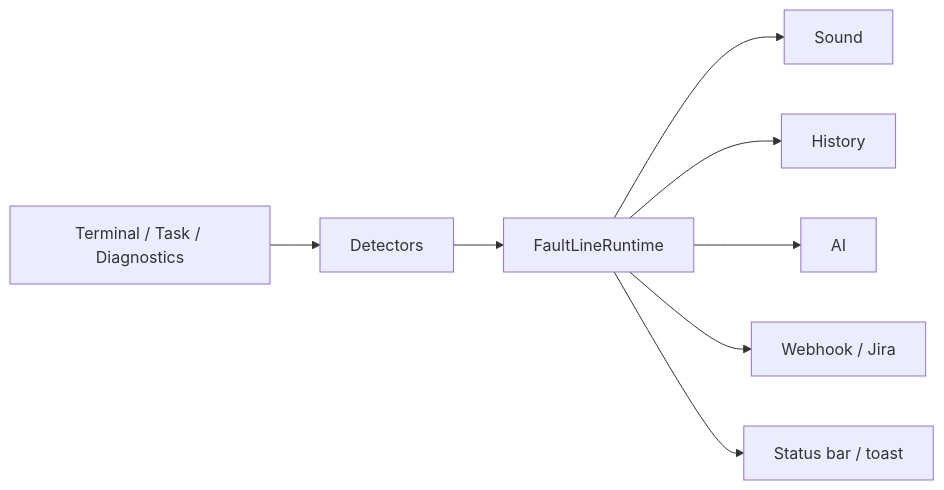
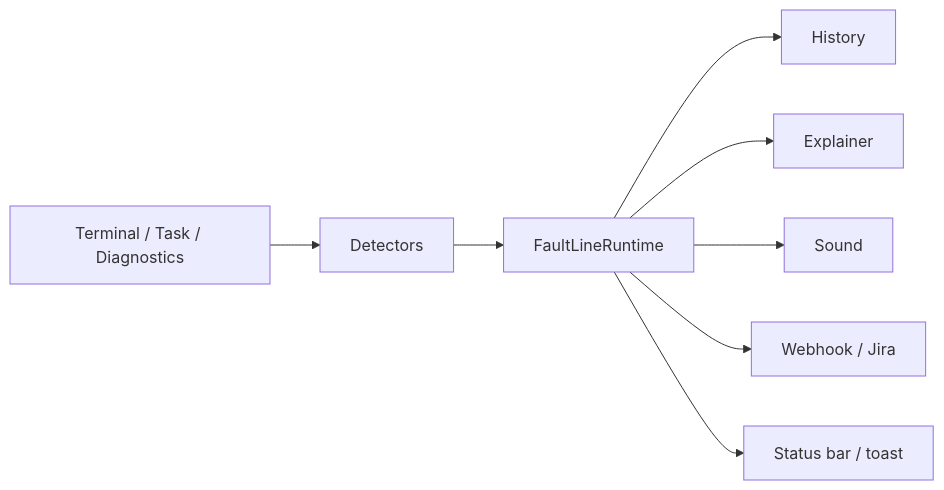
One commit to 4nur4gmishr4/vscode-FaultLine-Extension changed the diagram in ARCHITECTURE.md. Above: the diagram before and after it, drawn with Mermaid. The commit also changed other lines of this file and 7 other files, not shown here.

````diff
--- a/ARCHITECTURE.md
+++ b/ARCHITECTURE.md
@@ -34,10 +32,10 @@
 ```mermaid
 flowchart LR
   A[Terminal / Task / Diagnostics] --> B[Detectors]
   B --> C[FaultLineRuntime]
-  C --> D[Sound]
-  C --> E[History]
-  C --> F[AI]
+  C --> D[History]
+  C --> E[Explainer]
+  C --> F[Sound]
   C --> G[Webhook / Jira]
   C --> H[Status bar / toast]
 ```
````
